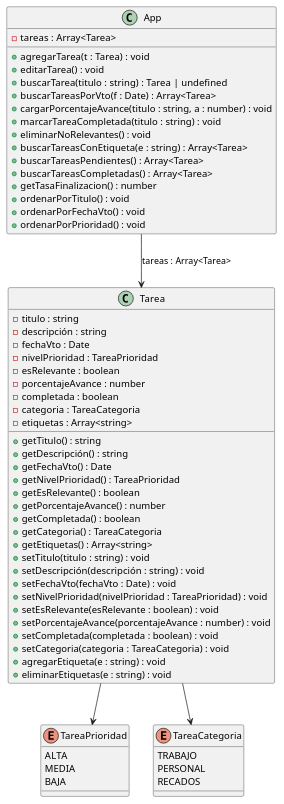
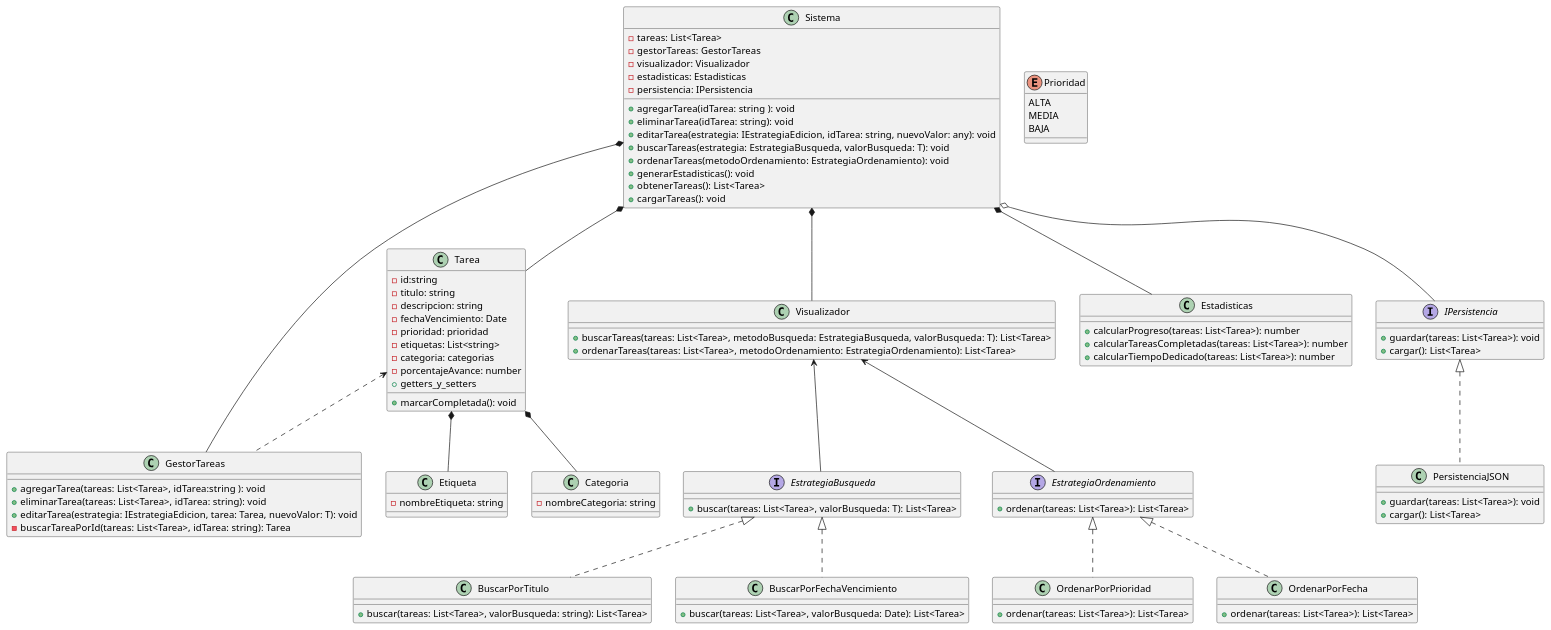
One commit to Luly88/programacion2 changed the diagram in UML/diagrama.puml. Above: the diagram before and after it, drawn with PlantUML. The commit also changed 1 other file, not shown here.

```diff
--- a/UML/diagrama.puml
+++ b/UML/diagrama.puml
@@ -1,67 +1,120 @@
-@startuml Diagrama
-
-class App {
-    - tareas : Array<Tarea>
-    + agregarTarea(t : Tarea) : void
-    + editarTarea() : void
-    + buscarTarea(titulo : string) : Tarea | undefined
-    + buscarTareasPorVto(f : Date) : Array<Tarea>
-    + cargarPorcentajeAvance(titulo : string, a : number) : void
-    + marcarTareaCompletada(titulo : string) : void
-    + eliminarNoRelevantes() : void
-    + buscarTareasConEtiqueta(e : string) : Array<Tarea>
-    + buscarTareasPendientes() : Array<Tarea>
-    + buscarTareasCompletadas() : Array<Tarea>
-    + getTasaFinalizacion() : number
-    + ordenarPorTitulo() : void
-    + ordenarPorFechaVto() : void
-    + ordenarPorPrioridad() : void
+@startuml TODO_app
+' Definición de clases
+class Sistema {
+    
+  - tareas: List<Tarea>
+  - gestorTareas: GestorTareas
+  - visualizador: Visualizador
+  - estadisticas: Estadisticas
+  - persistencia: IPersistencia
+  + agregarTarea(idTarea: string ): void
+  + eliminarTarea(idTarea: string): void
+  + editarTarea(estrategia: IEstrategiaEdicion, idTarea: string, nuevoValor: any): void
+  + buscarTareas(estrategia: EstrategiaBusqueda, valorBusqueda: T): void
+  + ordenarTareas(metodoOrdenamiento: EstrategiaOrdenamiento): void
+  + generarEstadisticas(): void
+  + obtenerTareas(): List<Tarea>
+  + cargarTareas(): void
 }
 
+
 class Tarea {
-    - titulo : string
-    - descripción : string
-    - fechaVto : Date
-    - nivelPrioridad : TareaPrioridad
-    - esRelevante : boolean
-    - porcentajeAvance : number
-    - completada : boolean
-    - categoria : TareaCategoria
-    - etiquetas : Array<string>
-    + getTitulo() : string
-    + getDescripción() : string
-    + getFechaVto() : Date
-    + getNivelPrioridad() : TareaPrioridad
-    + getEsRelevante() : boolean
-    + getPorcentajeAvance() : number
-    + getCompletada() : boolean
-    + getCategoria() : TareaCategoria
-    + getEtiquetas() : Array<string>
-    + setTitulo(titulo : string) : void
-    + setDescripción(descripción : string) : void
-    + setFechaVto(fechaVto : Date) : void
-    + setNivelPrioridad(nivelPrioridad : TareaPrioridad) : void
-    + setEsRelevante(esRelevante : boolean) : void
-    + setPorcentajeAvance(porcentajeAvance : number) : void
-    + setCompletada(completada : boolean) : void
-    + setCategoria(categoria : TareaCategoria) : void
-    + agregarEtiqueta(e : string) : void
-    + eliminarEtiquetas(e : string) : void
+  - id:string
+  - titulo: string
+  - descripcion: string
+  - fechaVencimiento: Date
+  - prioridad: prioridad
+  - etiquetas: List<string>
+  - categoria: categorias
+  - porcentajeAvance: number
+  + getters_y_setters
+  + marcarCompletada(): void
 }
 
-enum TareaPrioridad {
+class GestorTareas {
+  + agregarTarea(tareas: List<Tarea>, idTarea:string ): void
+  + eliminarTarea(tareas: List<Tarea>, idTarea: string): void
+  + editarTarea(estrategia: IEstrategiaEdicion, tarea: Tarea, nuevoValor: T): void
+  - buscarTareaPorId(tareas: List<Tarea>, idTarea: string): Tarea
+}
+
+class Etiqueta {
+   -nombreEtiqueta: string
+
+}
+
+class Categoria {
+    -nombreCategoria: string
+
+}
+
+class Visualizador {
+  + buscarTareas(tareas: List<Tarea>, metodoBusqueda: EstrategiaBusqueda, valorBusqueda: T): List<Tarea>
+  + ordenarTareas(tareas: List<Tarea>, metodoOrdenamiento: EstrategiaOrdenamiento): List<Tarea>
+}
+
+
+interface EstrategiaBusqueda {
+  + buscar(tareas: List<Tarea>, valorBusqueda: T): List<Tarea>
+}
+
+class BuscarPorTitulo implements EstrategiaBusqueda {
+  + buscar(tareas: List<Tarea>, valorBusqueda: string): List<Tarea>
+}
+
+class BuscarPorFechaVencimiento implements EstrategiaBusqueda {
+  + buscar(tareas: List<Tarea>, valorBusqueda: Date): List<Tarea>
+}
+
+interface EstrategiaOrdenamiento {
+  + ordenar(tareas: List<Tarea>): List<Tarea>
+}
+
+class OrdenarPorPrioridad implements EstrategiaOrdenamiento {
+  + ordenar(tareas: List<Tarea>): List<Tarea>
+}
+
+class OrdenarPorFecha implements EstrategiaOrdenamiento {
+  + ordenar(tareas: List<Tarea>): List<Tarea>
+}
+
+class Estadisticas {
+  + calcularProgreso(tareas: List<Tarea>): number
+  + calcularTareasCompletadas(tareas: List<Tarea>): number
+  + calcularTiempoDedicado(tareas: List<Tarea>): number
+}
+
+interface IPersistencia {
+  + guardar(tareas: List<Tarea>): void
+  + cargar(): List<Tarea>
+}
+
+class PersistenciaJSON implements IPersistencia {
+  + guardar(tareas: List<Tarea>): void
+  + cargar(): List<Tarea>
+}
+
+'ENUM
+enum Prioridad {
     ALTA
     MEDIA
     BAJA
-}
+  }
 
-enum TareaCategoria {
-    TRABAJO
-    PERSONAL
-    RECADOS
-}
 
-App --> Tarea : "tareas : Array<Tarea>"
-Tarea --> TareaPrioridad
-Tarea --> TareaCategoria
-@enduml
+  ' Relaciones
+  Sistema *-- Tarea
+  Sistema *-- GestorTareas
+  Sistema *-- Visualizador
+  Sistema *-- Estadisticas
+  Sistema o-- IPersistencia
+
+  Tarea *-- Etiqueta
+  Tarea *-- Categoria
+
+  Tarea <.. GestorTareas
+
+  Visualizador <-- EstrategiaBusqueda
+  Visualizador <-- EstrategiaOrdenamiento
+
+  @enduml
```
